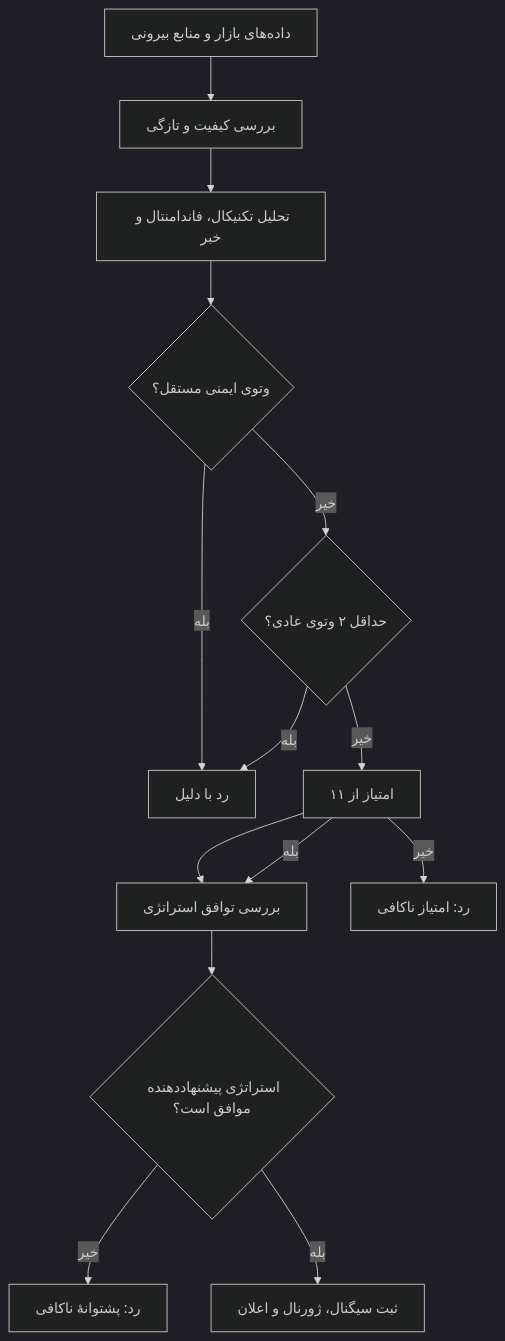
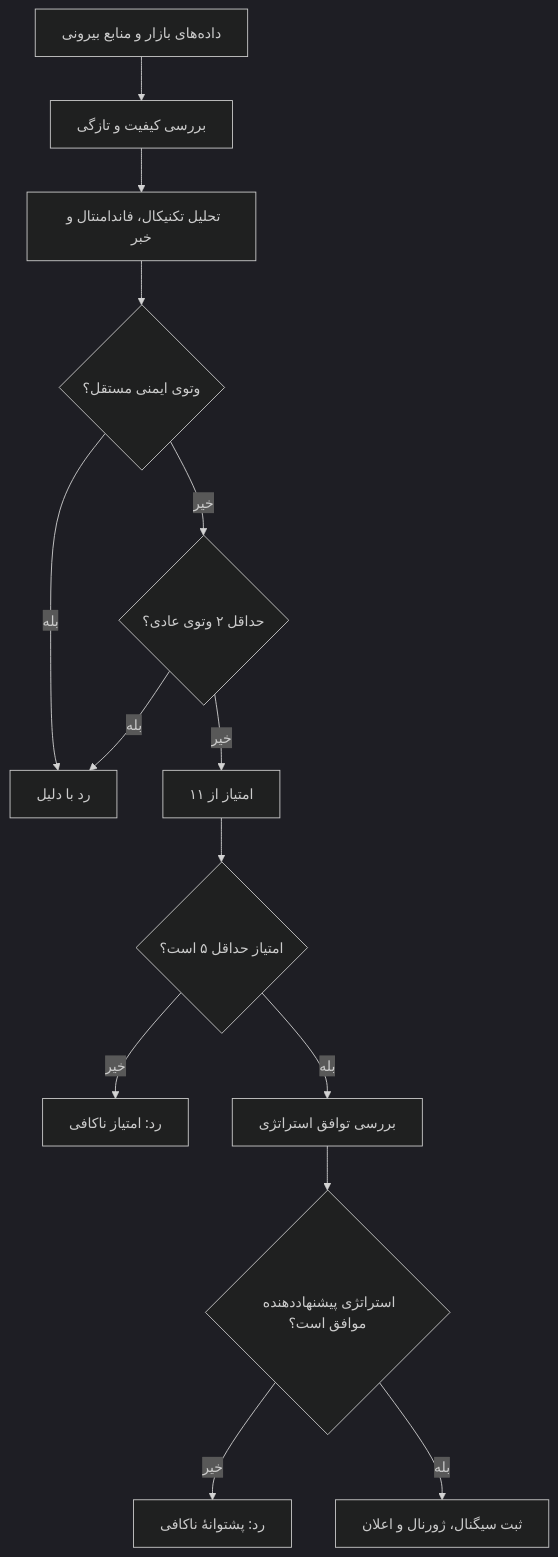
The first of 3 diagrams in README.md (Suushian/Odin-Assistant), drawn with Mermaid (dark theme) before and after one commit.

Commit message:
Correct signal-flow diagram after veto threshold change

````diff
--- a/README.md
+++ b/README.md
@@ -39,16 +39,16 @@
 ```mermaid
 flowchart TD
     A["داده‌های بازار و منابع بیرونی"] --> B["بررسی کیفیت و تازگی"]
     B --> C["تحلیل تکنیکال، فاندامنتال و خبر"]
     C --> D{"وتوی ایمنی مستقل؟"}
     D -->|بله| X["رد با دلیل"]
     D -->|خیر| E{"حداقل ۲ وتوی عادی؟"}
     E -->|بله| X
     E -->|خیر| F["امتیاز از ۱۱"]
     F --> G{"امتیاز حداقل ۵ است؟"}
-    F -->|خیر| Y["رد: امتیاز ناکافی"]
-    F -->|بله| G["بررسی توافق استراتژی"]
-    G --> H{"استراتژی پیشنهاددهنده موافق است؟"}
-    H -->|خیر| Z["رد: پشتوانهٔ ناکافی"]
-    H -->|بله| I["ثبت سیگنال، ژورنال و اعلان"]
+    G -->|خیر| Y["رد: امتیاز ناکافی"]
+    G -->|بله| H["بررسی توافق استراتژی"]
+    H --> I{"استراتژی پیشنهاددهنده موافق است؟"}
+    I -->|خیر| Z["رد: پشتوانهٔ ناکافی"]
+    I -->|بله| J["ثبت سیگنال، ژورنال و اعلان"]
 ```
````
